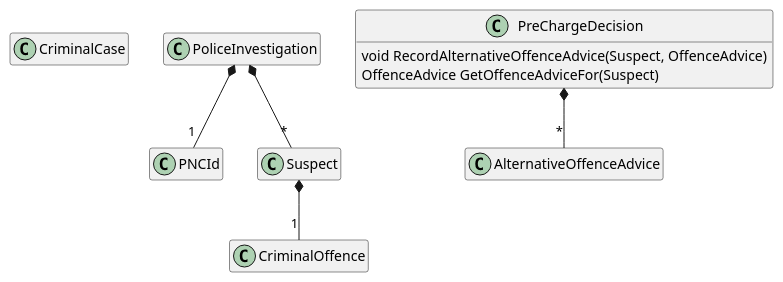
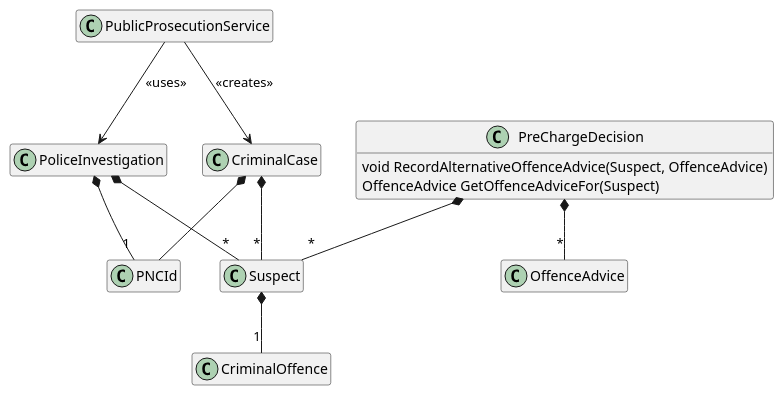
One commit to sswietoniowski/learning-csharp-domain-driven-desing-first-steps changed the diagram in docs/Domain-Model.puml. Above: the diagram before and after it, drawn with PlantUML.

Commit message:
Exercise 2 - DOCS - Update the diagram to show the new PublicProsecutionService class, it's relationships with CriminalCase and PoliceInvestigation, and CriminalCase's attributes.

```diff
--- a/docs/Domain-Model.puml
+++ b/docs/Domain-Model.puml
@@ -1,37 +1,50 @@
 @startuml Public Prosecution Service
 
 hide empty members
 hide empty methods
 
 class CriminalCase {
 }
 
 class CriminalOffence {
 }
 
 class PNCId {
 }
 
 class PoliceInvestigation {
 }
 
 class PreChargeDecision {
     void RecordAlternativeOffenceAdvice(Suspect, OffenceAdvice)
     OffenceAdvice GetOffenceAdviceFor(Suspect)
 }
 
-class AlternativeOffenceAdvice {
+class OffenceAdvice {
 }
 
 class Suspect    {
+}
+
+class PublicProsecutionService {
 }
 
 Suspect *-- "1" CriminalOffence
 
 PoliceInvestigation *-- "*" Suspect
 
 PoliceInvestigation *-- "1" PNCId
 
-PreChargeDecision *-- "*" AlternativeOffenceAdvice
+PreChargeDecision *-- "*" Suspect
+
+PreChargeDecision *-- "*" OffenceAdvice
+
+CriminalCase *-- PNCId
+
+CriminalCase *-- "*" Suspect
+
+PublicProsecutionService --> CriminalCase : <<creates>>
+
+PublicProsecutionService --> PoliceInvestigation : <<uses>>
 
 @enduml
```
